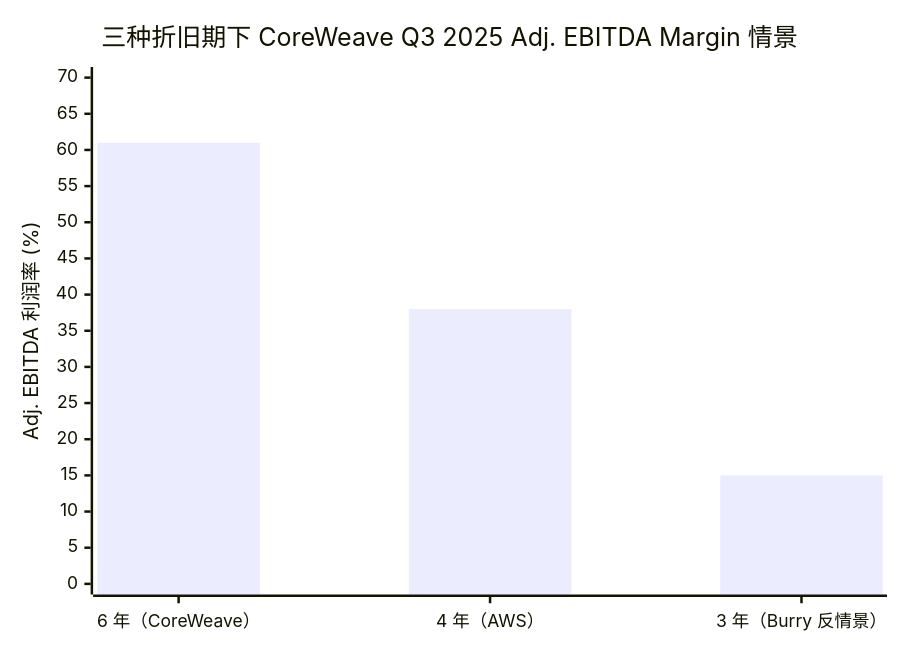
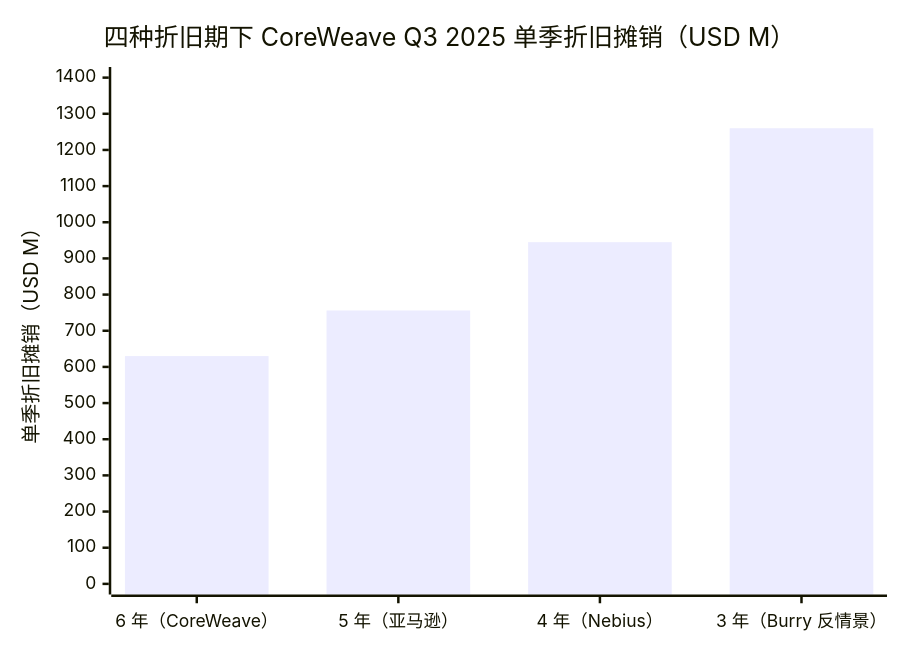
The fifth of 7 diagrams in book/16-gpu-cloud-anatomy/README.md (diguike/book-compute-economics), drawn with Mermaid before and after one commit. The commit also changed other lines of this file and 33 other files, not shown here.

````diff
--- a/book/16-gpu-cloud-anatomy/README.md
+++ b/book/16-gpu-cloud-anatomy/README.md
@@ -215,7 +228,7 @@
 ```mermaid
 xychart-beta
-    title "三种折旧期下 CoreWeave Q3 2025 Adj. EBITDA Margin 情景"
-    x-axis ["6 年（CoreWeave）", "4 年（AWS）", "3 年（Burry 反情景）"]
-    y-axis "Adj. EBITDA 利润率 (%)" 0 --> 70
-    bar [61, 38, 15]
+    title "四种折旧期下 CoreWeave Q3 2025 单季折旧摊销（USD M）"
+    x-axis ["6 年（CoreWeave）", "5 年（亚马逊）", "4 年（Nebius）", "3 年（Burry 反情景）"]
+    y-axis "单季折旧摊销（USD M）" 0 --> 1400
+    bar [630, 756, 945, 1260]
 ```
````
